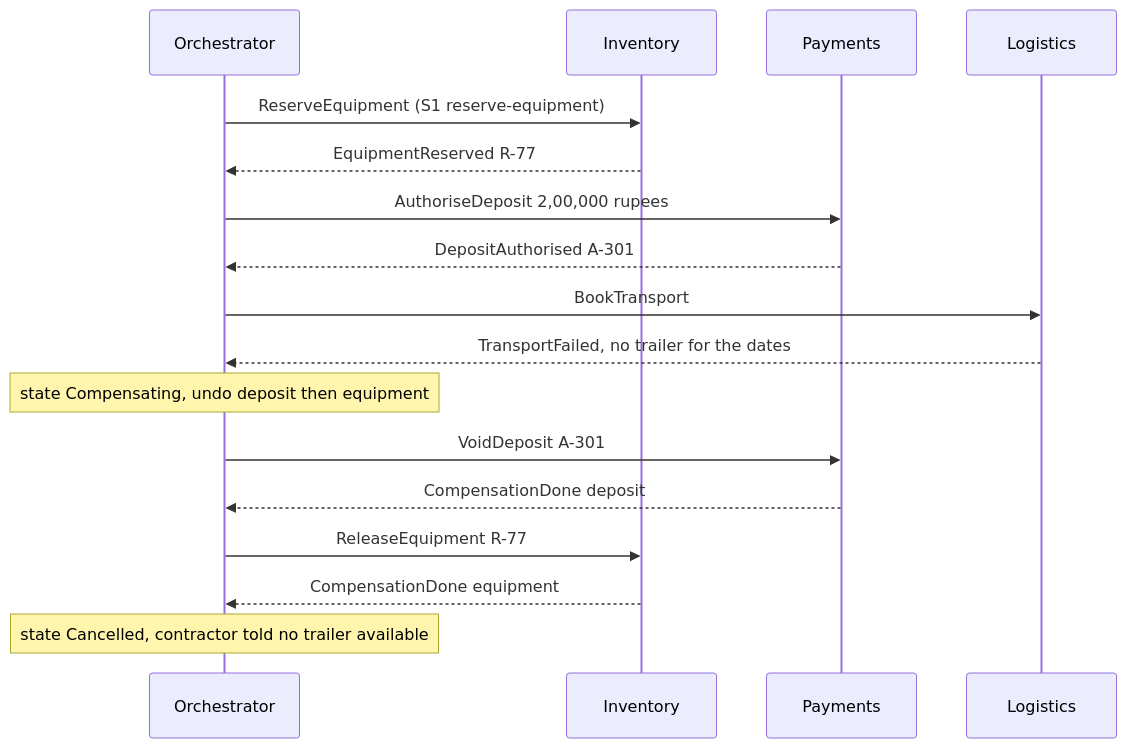
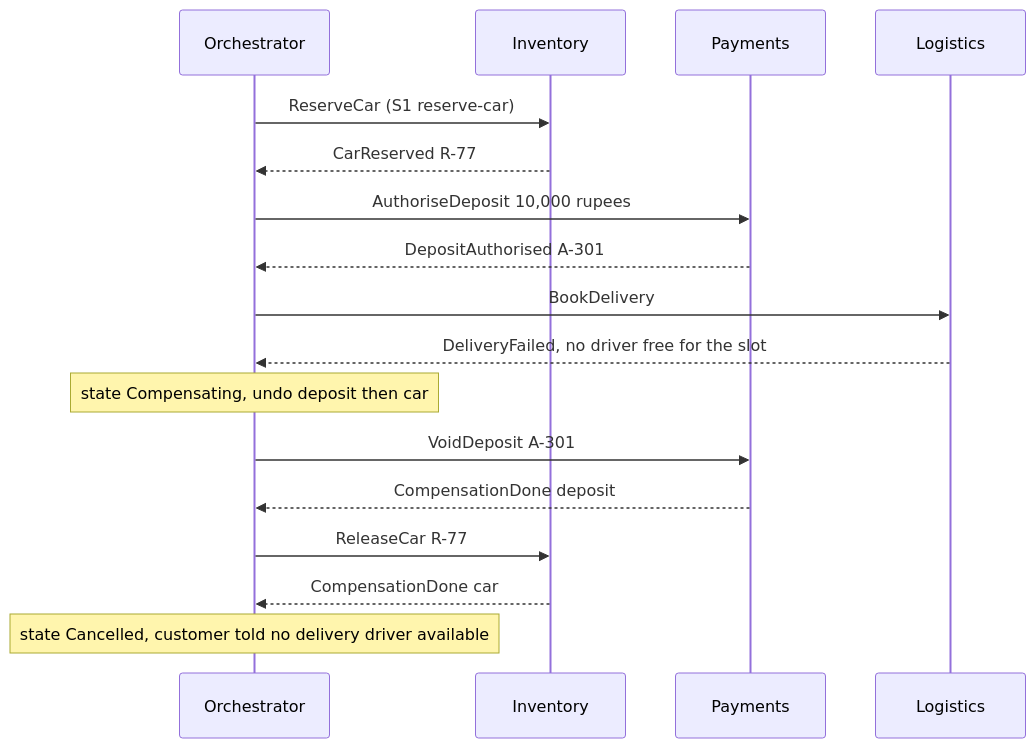
One commit to rizwi0786/system-design-lab changed the second of 4 diagrams in content/lessons/m12/m12-sagas.md. Above: the diagram before and after it, drawn with Mermaid. The commit also changed other lines of this file and 334 other files, not shown here.

````diff
--- a/content/lessons/m12/m12-sagas.md
+++ b/content/lessons/m12/m12-sagas.md
@@ -235,19 +235,19 @@
 ```mermaid
 sequenceDiagram
     participant O as Orchestrator
     participant I as Inventory
     participant P as Payments
     participant L as Logistics
-    O->>I: ReserveEquipment (S1 reserve-equipment)
-    I-->>O: EquipmentReserved R-77
-    O->>P: AuthoriseDeposit 2,00,000 rupees
+    O->>I: ReserveCar (S1 reserve-car)
+    I-->>O: CarReserved R-77
+    O->>P: AuthoriseDeposit 10,000 rupees
     P-->>O: DepositAuthorised A-301
-    O->>L: BookTransport
-    L-->>O: TransportFailed, no trailer for the dates
-    Note over O: state Compensating, undo deposit then equipment
+    O->>L: BookDelivery
+    L-->>O: DeliveryFailed, no driver free for the slot
+    Note over O: state Compensating, undo deposit then car
     O->>P: VoidDeposit A-301
     P-->>O: CompensationDone deposit
-    O->>I: ReleaseEquipment R-77
-    I-->>O: CompensationDone equipment
-    Note over O: state Cancelled, contractor told no trailer available
+    O->>I: ReleaseCar R-77
+    I-->>O: CompensationDone car
+    Note over O: state Cancelled, customer told no delivery driver available
 ```
````
